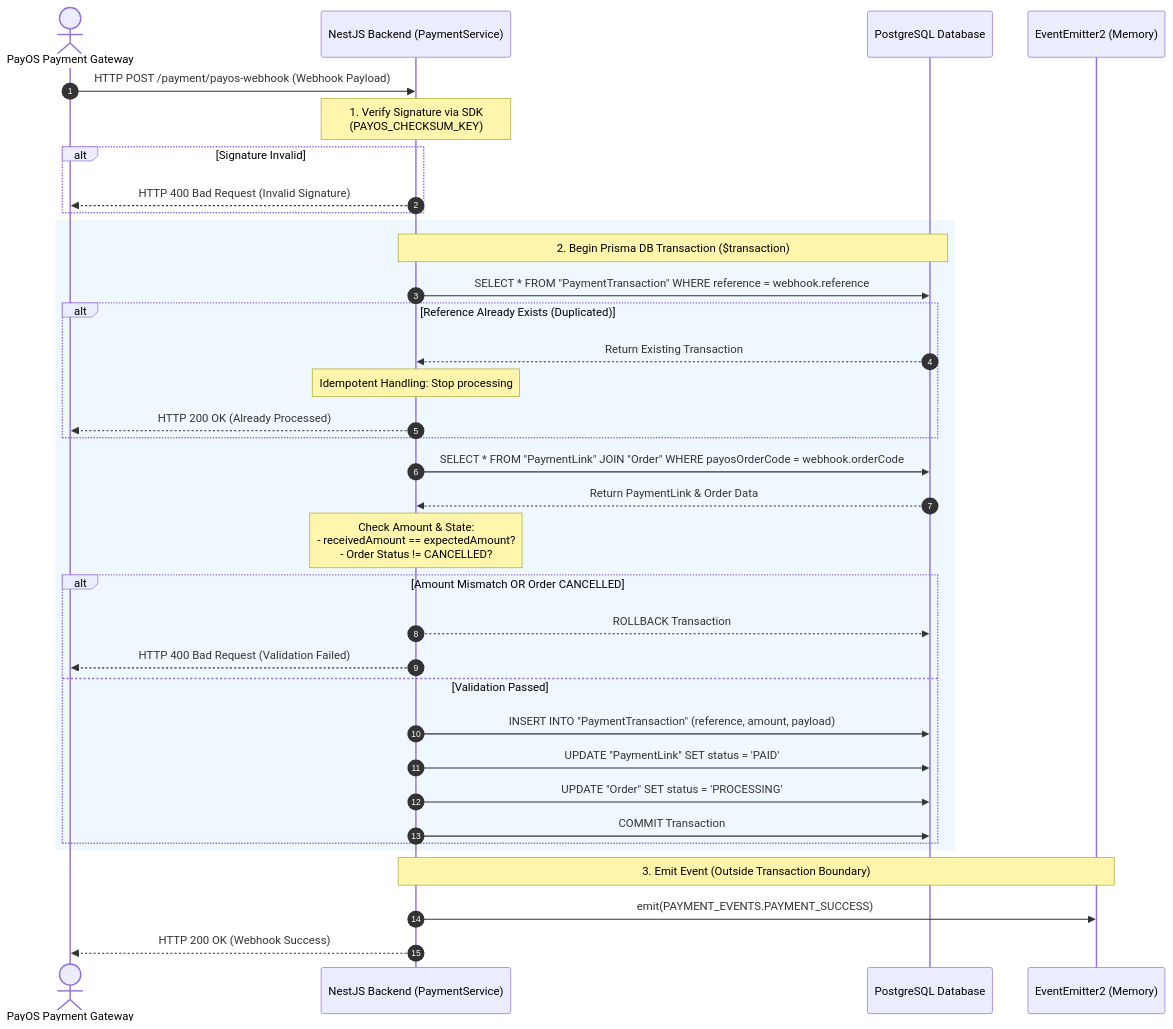
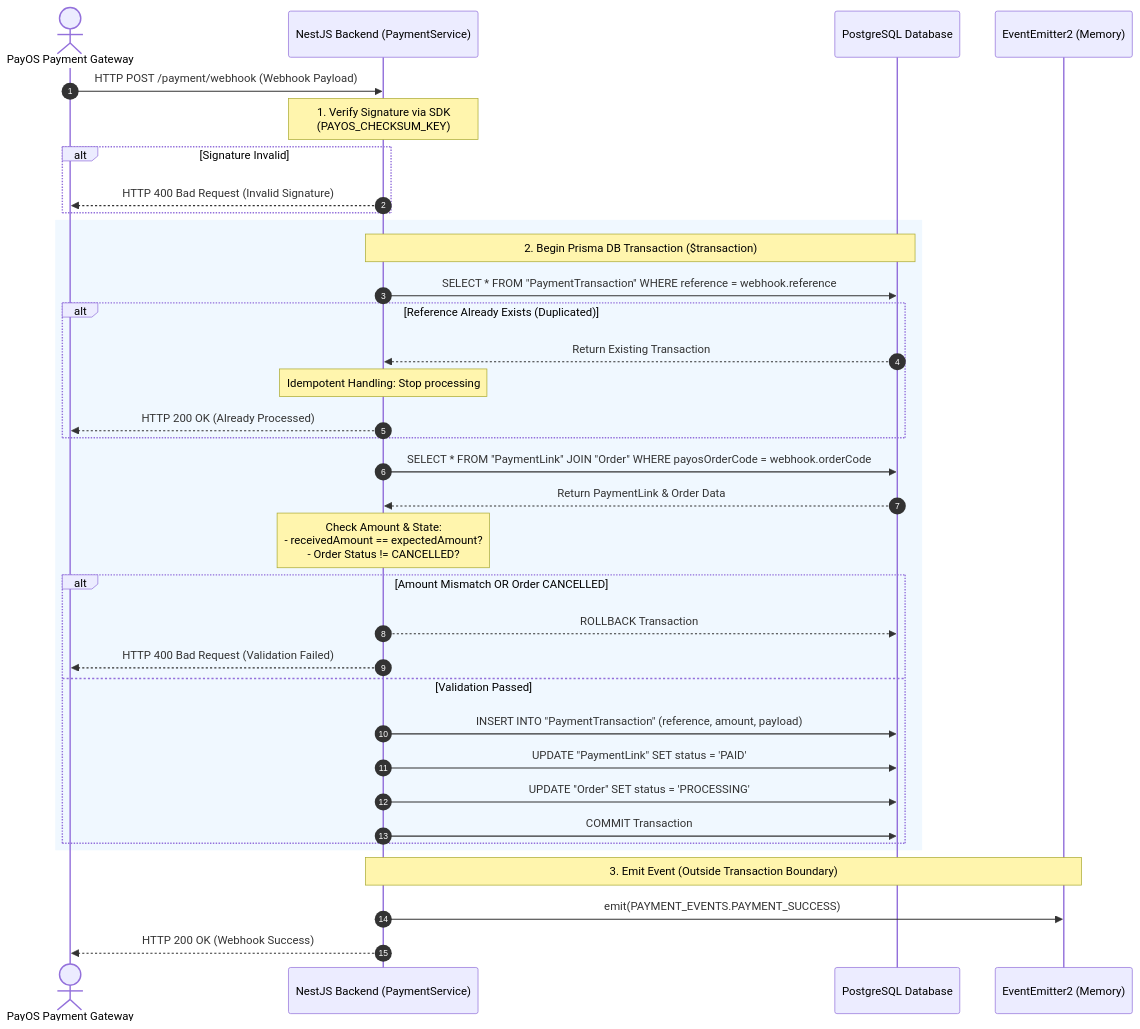
The diagram in docs/ADR/records/002-payos-webhook-security/002-payos-webhook-security-en.md (N4thh/banh-pia-pms-showcase), drawn with Mermaid before and after one commit. The commit also changed other lines of this file and 13 other files, not shown here.

````diff
--- a/docs/ADR/records/002-payos-webhook-security/002-payos-webhook-security-en.md
+++ b/docs/ADR/records/002-payos-webhook-security/002-payos-webhook-security-en.md
@@ -41,49 +41,49 @@
 ```mermaid
 sequenceDiagram
     autonumber
     actor PayOS as PayOS Payment Gateway
     participant Server as NestJS Backend (PaymentService)
     participant DB as PostgreSQL Database
     participant Event as EventEmitter2 (Memory)
 
     %% 1. Signature Verification
-    PayOS->>Server: HTTP POST /payment/payos-webhook (Webhook Payload)
+    PayOS->>Server: HTTP POST /payment/webhook (Webhook Payload)
     Note over Server: 1. Verify Signature via SDK<br/>(PAYOS_CHECKSUM_KEY)
     alt Signature Invalid
         Server-->>PayOS: HTTP 400 Bad Request (Invalid Signature)
     end
 
     %% 2. Database Transaction
     rect rgb(240, 248, 255)
         Note over Server, DB: 2. Begin Prisma DB Transaction ($transaction)
 
         %% Deduplication Check
         Server->>DB: SELECT * FROM "PaymentTransaction" WHERE reference = webhook.reference
         alt Reference Already Exists (Duplicated)
             DB-->>Server: Return Existing Transaction
             Note over Server: Idempotent Handling: Stop processing
             Server-->>PayOS: HTTP 200 OK (Already Processed)
         end
 
         %% Order Mapping & Amount Matching
         Server->>DB: SELECT * FROM "PaymentLink" JOIN "Order" WHERE payosOrderCode = webhook.orderCode
         DB-->>Server: Return PaymentLink & Order Data
 
         Note over Server: Check Amount & State:<br/>- receivedAmount == expectedAmount?<br/>- Order Status != CANCELLED?
 
         alt Amount Mismatch OR Order CANCELLED
             Server-->>DB: ROLLBACK Transaction
             Server-->>PayOS: HTTP 400 Bad Request (Validation Failed)
         else Validation Passed
             Server->>DB: INSERT INTO "PaymentTransaction" (reference, amount, payload)
             Server->>DB: UPDATE "PaymentLink" SET status = 'PAID'
             Server->>DB: UPDATE "Order" SET status = 'PROCESSING'
             Server->>DB: COMMIT Transaction
         end
     end
 
     %% 3. Asynchronous Side Effect
     Note over Server, Event: 3. Emit Event (Outside Transaction Boundary)
     Server->>Event: emit(PAYMENT_EVENTS.PAYMENT_SUCCESS)
     Server-->>PayOS: HTTP 200 OK (Webhook Success)
 ```
````
